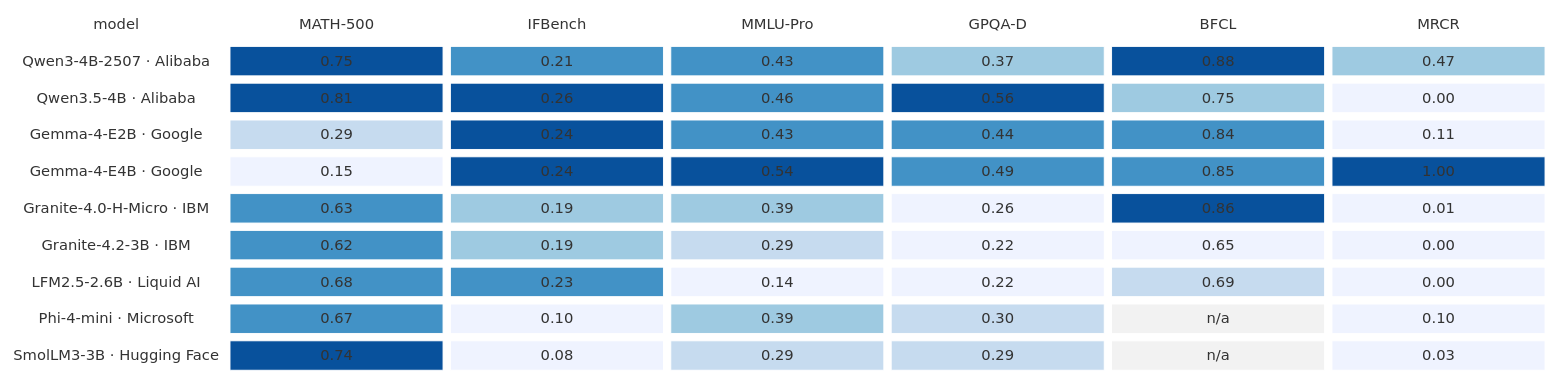
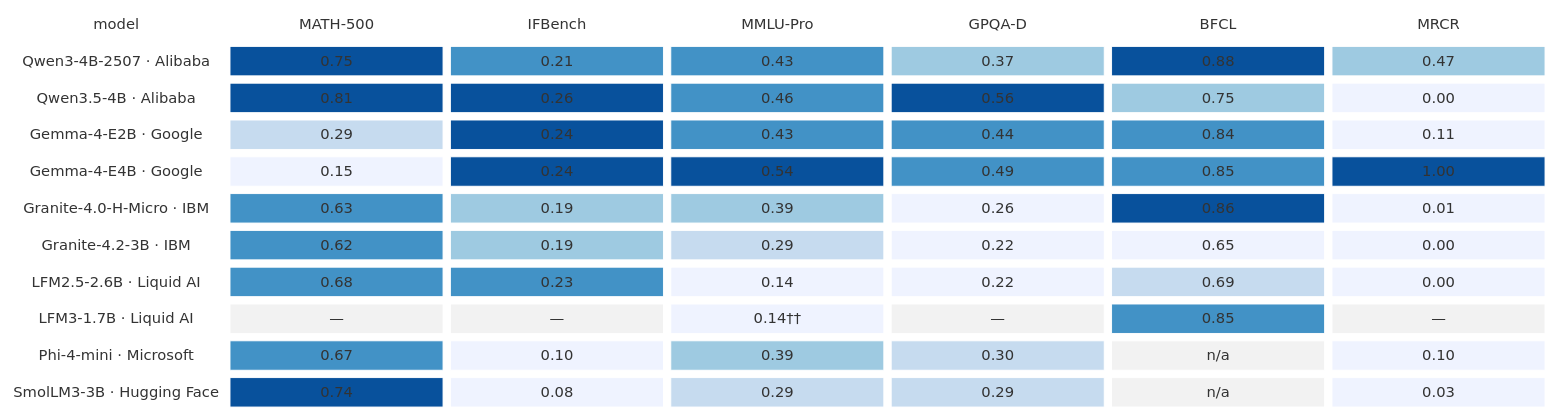
The second of 2 diagrams in models.md (maximosipov/macbook-pro-2019-radeon-5500m-4gb), drawn with Mermaid (neutral theme) before and after one commit. The commit also changed other lines of this file and 1 other file, not shown here.

Commit message:
Include LFM3 in model comparison tables

````diff
--- a/models.md
+++ b/models.md
@@ -90,8 +92,9 @@
     m4["Granite-4.0-H-Micro · IBM"] c4_0["0.63"] c4_1["0.19"] c4_2["0.39"] c4_3["0.26"] c4_4["0.86"] c4_5["0.01"]
     m5["Granite-4.2-3B · IBM"] c5_0["0.62"] c5_1["0.19"] c5_2["0.29"] c5_3["0.22"] c5_4["0.65"] c5_5["0.00"]
     m6["LFM2.5-2.6B · Liquid AI"] c6_0["0.68"] c6_1["0.23"] c6_2["0.14"] c6_3["0.22"] c6_4["0.69"] c6_5["0.00"]
-    m7["Phi-4-mini · Microsoft"] c7_0["0.67"] c7_1["0.10"] c7_2["0.39"] c7_3["0.30"] c7_4["n/a"] c7_5["0.10"]
-    m8["SmolLM3-3B · Hugging Face"] c8_0["0.74"] c8_1["0.08"] c8_2["0.29"] c8_3["0.29"] c8_4["n/a"] c8_5["0.03"]
+    m7["LFM3-1.7B · Liquid AI"] c7_0["—"] c7_1["—"] c7_2["0.14††"] c7_3["—"] c7_4["0.85"] c7_5["—"]
+    m8["Phi-4-mini · Microsoft"] c8_0["0.67"] c8_1["0.10"] c8_2["0.39"] c8_3["0.30"] c8_4["n/a"] c8_5["0.10"]
+    m9["SmolLM3-3B · Hugging Face"] c9_0["0.74"] c9_1["0.08"] c9_2["0.29"] c9_3["0.29"] c9_4["n/a"] c9_5["0.03"]
     style h0 fill:#ffffff,stroke:#ffffff,color:#333333,font-weight:bold
     style h1 fill:#ffffff,stroke:#ffffff,color:#333333,font-weight:bold
     style h2 fill:#ffffff,stroke:#ffffff,color:#333333,font-weight:bold
@@ -108,6 +111,7 @@
     style m6 fill:#ffffff,stroke:#ffffff,color:#333333
     style m7 fill:#ffffff,stroke:#ffffff,color:#333333
     style m8 fill:#ffffff,stroke:#ffffff,color:#333333
+    style m9 fill:#ffffff,stroke:#ffffff,color:#333333
     style c0_0 fill:#08519c,stroke:#ffffff,color:#ffffff
     style c1_0 fill:#08519c,stroke:#ffffff,color:#ffffff
     style c2_0 fill:#c6dbef,stroke:#ffffff,color:#1a1a1a
@@ -115,8 +119,9 @@
     style c4_0 fill:#4292c6,stroke:#ffffff,color:#ffffff
     style c5_0 fill:#4292c6,stroke:#ffffff,color:#ffffff
     style c6_0 fill:#4292c6,stroke:#ffffff,color:#ffffff
-    style c7_0 fill:#4292c6,stroke:#ffffff,color:#ffffff
-    style c8_0 fill:#08519c,stroke:#ffffff,color:#ffffff
+    style c8_0 fill:#4292c6,stroke:#ffffff,color:#ffffff
+    style c9_0 fill:#08519c,stroke:#ffffff,color:#ffffff
+    style c7_0 fill:#f2f2f2,stroke:#ffffff,color:#999999
     style c0_1 fill:#4292c6,stroke:#ffffff,color:#ffffff
     style c1_1 fill:#08519c,stroke:#ffffff,color:#ffffff
     style c2_1 fill:#08519c,stroke:#ffffff,color:#ffffff
@@ -124,8 +129,9 @@
     style c4_1 fill:#9ecae1,stroke:#ffffff,color:#1a1a1a
     style c5_1 fill:#9ecae1,stroke:#ffffff,color:#1a1a1a
     style c6_1 fill:#4292c6,stroke:#ffffff,color:#ffffff
-    style c7_1 fill:#eff3ff,stroke:#ffffff,color:#1a1a1a
     style c8_1 fill:#eff3ff,stroke:#ffffff,color:#1a1a1a
+    style c9_1 fill:#eff3ff,stroke:#ffffff,color:#1a1a1a
+    style c7_1 fill:#f2f2f2,stroke:#ffffff,color:#999999
     style c0_2 fill:#4292c6,stroke:#ffffff,color:#ffffff
     style c1_2 fill:#4292c6,stroke:#ffffff,color:#ffffff
     style c2_2 fill:#4292c6,stroke:#ffffff,color:#ffffff
@@ -133,8 +139,9 @@
     style c4_2 fill:#9ecae1,stroke:#ffffff,color:#1a1a1a
     style c5_2 fill:#c6dbef,stroke:#ffffff,color:#1a1a1a
     style c6_2 fill:#eff3ff,stroke:#ffffff,color:#1a1a1a
-    style c7_2 fill:#9ecae1,stroke:#ffffff,color:#1a1a1a
-    style c8_2 fill:#c6dbef,stroke:#ffffff,color:#1a1a1a
+    style c7_2 fill:#eff3ff,stroke:#ffffff,color:#1a1a1a
+    style c8_2 fill:#9ecae1,stroke:#ffffff,color:#1a1a1a
+    style c9_2 fill:#c6dbef,stroke:#ffffff,color:#1a1a1a
     style c0_3 fill:#9ecae1,stroke:#ffffff,color:#1a1a1a
     style c1_3 fill:#08519c,stroke:#ffffff,color:#ffffff
     style c2_3 fill:#4292c6,stroke:#ffffff,color:#ffffff
@@ -142,8 +149,9 @@
     style c4_3 fill:#eff3ff,stroke:#ffffff,color:#1a1a1a
     style c5_3 fill:#eff3ff,stroke:#ffffff,color:#1a1a1a
     style c6_3 fill:#eff3ff,stroke:#ffffff,color:#1a1a1a
-    style c7_3 fill:#c6dbef,stroke:#ffffff,color:#1a1a1a
     style c8_3 fill:#c6dbef,stroke:#ffffff,color:#1a1a1a
+    style c9_3 fill:#c6dbef,stroke:#ffffff,color:#1a1a1a
+    style c7_3 fill:#f2f2f2,stroke:#ffffff,color:#999999
     style c0_4 fill:#08519c,stroke:#ffffff,color:#ffffff
     style c1_4 fill:#9ecae1,stroke:#ffffff,color:#1a1a1a
     style c2_4 fill:#4292c6,stroke:#ffffff,color:#ffffff
@@ -151,8 +159,9 @@
     style c4_4 fill:#08519c,stroke:#ffffff,color:#ffffff
     style c5_4 fill:#eff3ff,stroke:#ffffff,color:#1a1a1a
     style c6_4 fill:#c6dbef,stroke:#ffffff,color:#1a1a1a
-    style c7_4 fill:#f2f2f2,stroke:#ffffff,color:#999999
+    style c7_4 fill:#4292c6,stroke:#ffffff,color:#ffffff
     style c8_4 fill:#f2f2f2,stroke:#ffffff,color:#999999
+    style c9_4 fill:#f2f2f2,stroke:#ffffff,color:#999999
     style c0_5 fill:#9ecae1,stroke:#ffffff,color:#1a1a1a
     style c1_5 fill:#eff3ff,stroke:#ffffff,color:#1a1a1a
     style c2_5 fill:#eff3ff,stroke:#ffffff,color:#1a1a1a
@@ -160,6 +169,7 @@
     style c4_5 fill:#eff3ff,stroke:#ffffff,color:#1a1a1a
     style c5_5 fill:#eff3ff,stroke:#ffffff,color:#1a1a1a
     style c6_5 fill:#eff3ff,stroke:#ffffff,color:#1a1a1a
-    style c7_5 fill:#eff3ff,stroke:#ffffff,color:#1a1a1a
     style c8_5 fill:#eff3ff,stroke:#ffffff,color:#1a1a1a
+    style c9_5 fill:#eff3ff,stroke:#ffffff,color:#1a1a1a
+    style c7_5 fill:#f2f2f2,stroke:#ffffff,color:#999999
 ```
````
